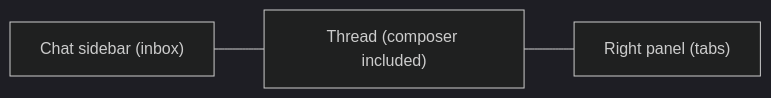
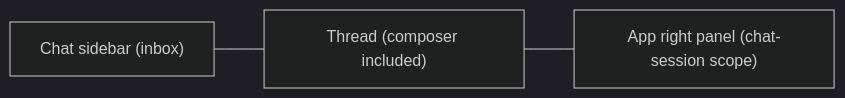
The second of 2 diagrams in docs/kilo-code-integration.md (Kilo-Org/kilo-desktop), drawn with Mermaid (dark theme) before and after one commit. The commit also changed other lines of this file, not shown here.

Commit message:
Document Kilo Code v1 boundaries and UI architecture

````diff
--- a/docs/kilo-code-integration.md
+++ b/docs/kilo-code-integration.md
@@ -417,5 +428,5 @@
 ```mermaid
 flowchart LR
   Sidebar["Chat sidebar (inbox)"] --- Center["Thread (composer included)"]
-  Center --- Panel["Right panel (tabs)"]
+  Center --- Panel["App right panel (chat-session scope)"]
 ```
````
